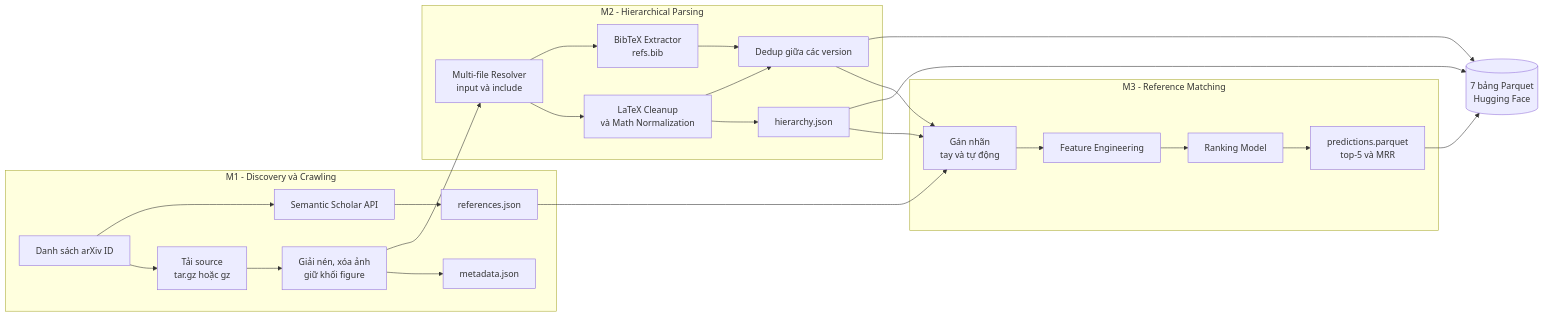
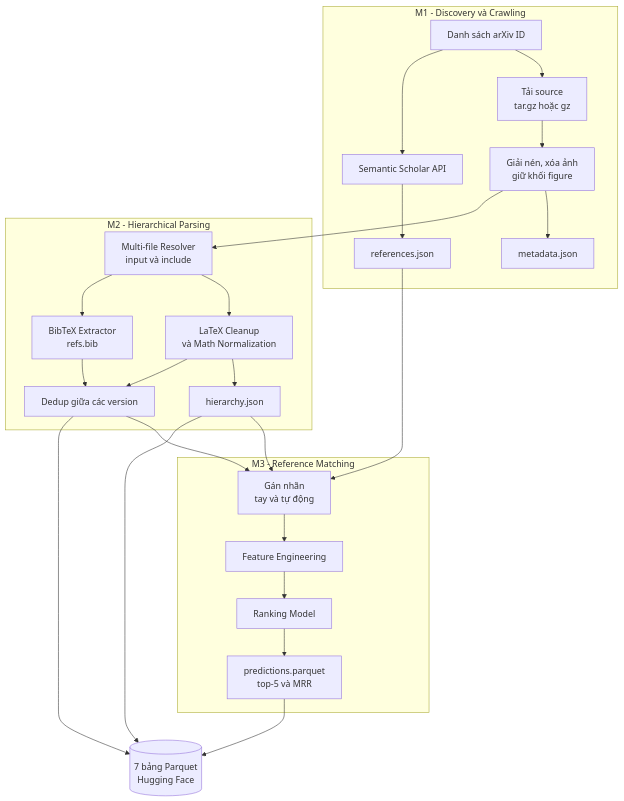
Before and after one commit to tkiet06-us/Intro2DS---ArXiv-Project: the diagram in README.md, drawn with Mermaid.

Commit message:
P1-01: create Github repo and project framework

````diff
--- a/README.md
+++ b/README.md
@@ -69,29 +69,29 @@
 ```mermaid
-flowchart LR
+flowchart TD
     subgraph M1["M1 - Discovery và Crawling"]
         A["Danh sách arXiv ID"] --> B["Tải source<br/>tar.gz hoặc gz"]
         B --> C["Giải nén, xóa ảnh<br/>giữ khối figure"]
         C --> D["metadata.json"]
         A --> E["Semantic Scholar API"]
         E --> F["references.json"]
     end
     subgraph M2["M2 - Hierarchical Parsing"]
         C --> G["Multi-file Resolver<br/>input và include"]
         G --> H["LaTeX Cleanup<br/>và Math Normalization"]
         H --> I["hierarchy.json"]
         G --> J["BibTeX Extractor<br/>refs.bib"]
         H --> K["Dedup giữa các version"]
         J --> K
     end
     subgraph M3["M3 - Reference Matching"]
         I --> L["Gán nhãn<br/>tay và tự động"]
         K --> L
         F --> L
         L --> FE["Feature Engineering"]
         FE --> RM["Ranking Model"]
         RM --> PR["predictions.parquet<br/>top-5 và MRR"]
     end
     PR --> HF[("7 bảng Parquet<br/>Hugging Face")]
     K --> HF
     I --> HF
 ```
````
